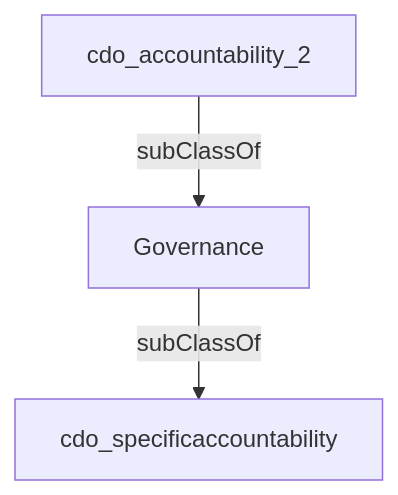
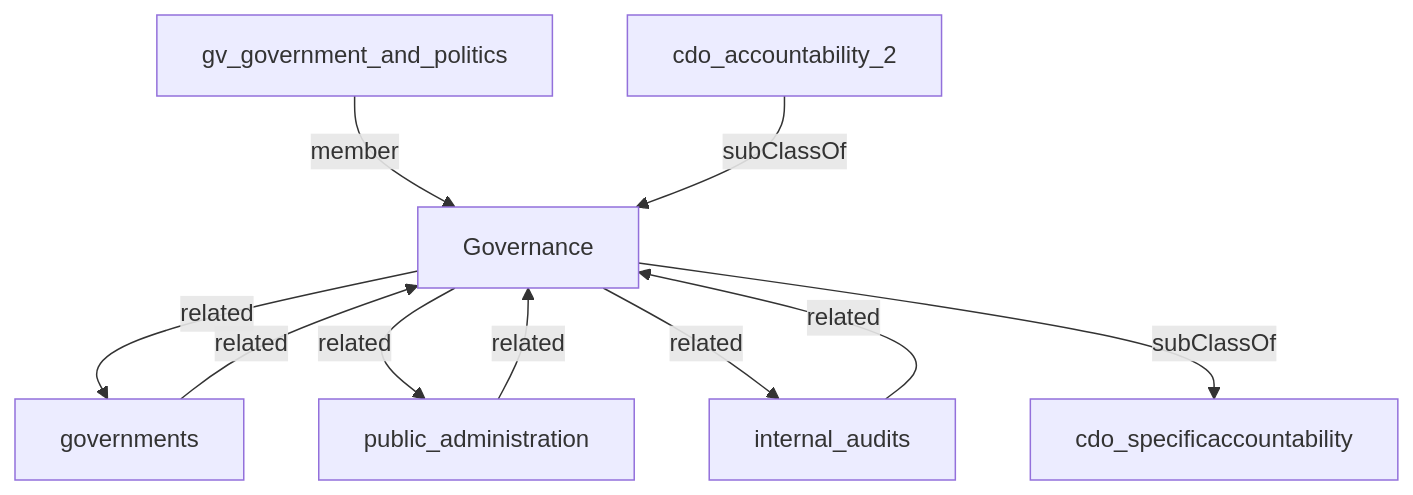
The diagram in content/accountabilities/governance.md (heidingaway/heidi2), drawn with Mermaid before and after one commit. The commit also changed other lines of this file and 372 other files, not shown here.

````diff
--- a/content/accountabilities/governance.md
+++ b/content/accountabilities/governance.md
@@ -24,8 +25,19 @@
 ```mermaid
 graph TD
   Governance["Governance"]:::current-page-node
+  governments["governments"]
+  internal_audits["internal_audits"]
+  public_administration["public_administration"]
   cdo_specificaccountability["cdo_specificaccountability"]
+  gv_government_and_politics["gv_government_and_politics"]
   cdo_accountability_2["cdo_accountability_2"]
+  Governance-->|" related "|governments
+  gv_government_and_politics-->|" member "|Governance
+  governments-->|" related "|Governance
+  internal_audits-->|" related "|Governance
+  Governance-->|" related "|public_administration
+  Governance-->|" related "|internal_audits
   cdo_accountability_2-->|" subClassOf "|Governance
+  public_administration-->|" related "|Governance
   Governance-->|" subClassOf "|cdo_specificaccountability
 ```
````
